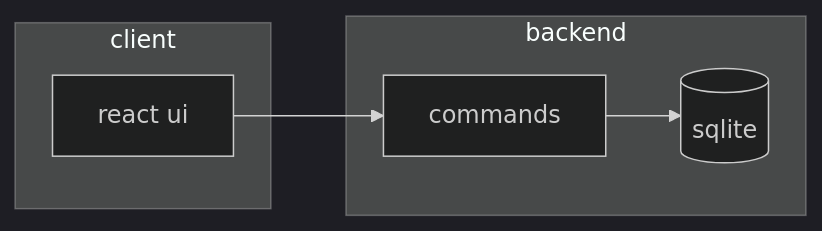
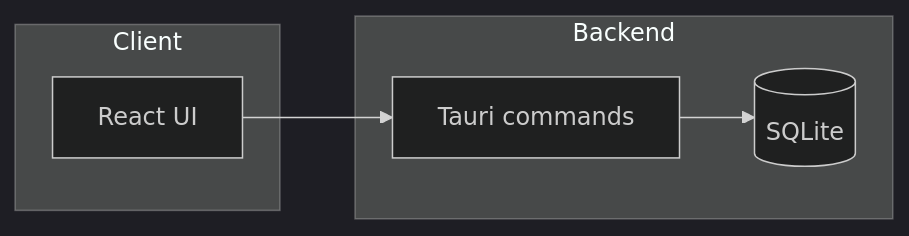
Before and after one commit to sersiousSenpai/redline: the second of 8 diagrams in skills/sidecar/SKILL.md, drawn with Mermaid (dark theme). The commit also changed other lines of this file and 10 other files, not shown here.

````diff
--- a/skills/sidecar/SKILL.md
+++ b/skills/sidecar/SKILL.md
@@ -166,11 +154,10 @@
 ```mermaid
 flowchart LR
-  subgraph client
-    UI[react ui]
+  subgraph Client
+    UI[React UI]
   end
-  subgraph backend
-    API[commands] --> DB[(sqlite)]
+  subgraph Backend
+    API[Tauri commands] --> DB[(SQLite)]
   end
   UI --> API
-  class DB rl-emph
 ```
````
